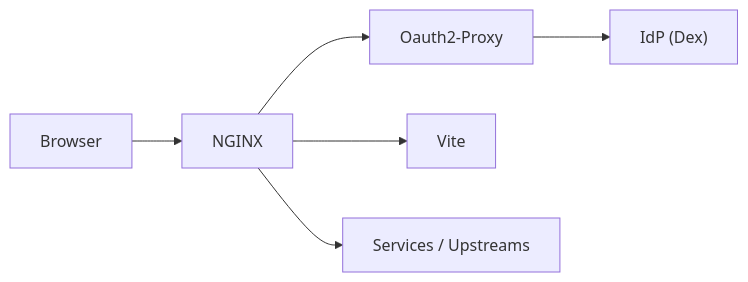
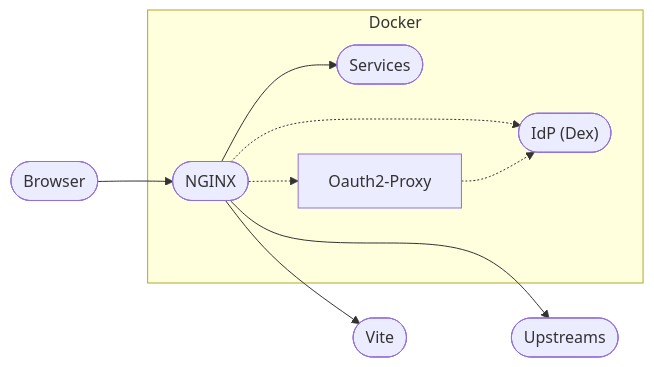
Before and after one commit to blakearoberts/visage: the diagram in packages/visage/README.md, drawn with Mermaid. The commit also changed other lines of this file and 22 other files, not shown here.

````diff
--- a/packages/visage/README.md
+++ b/packages/visage/README.md
@@ -181,15 +53,21 @@
 ```mermaid
 flowchart LR
-  Browser
-  NGINX
-  Oauth2-Proxy
-  Vite
-  IDP["IdP (Dex)"]
-  ServicesUpstreams["Services / Upstreams"]
+  browser([Browser])
+  vite([Vite])
+  upstreams([Upstreams])
 
-  Browser --> NGINX
-  NGINX --> Oauth2-Proxy
-  Oauth2-Proxy --> IDP
-  NGINX --> Vite
-  NGINX --> ServicesUpstreams
+  subgraph docker[Docker]
+    nginx([NGINX])
+    services([Services])
+    Oauth2-Proxy
+    idp(["IdP (Dex)"])
+
+    nginx -.-> idp
+    nginx -.-> Oauth2-Proxy -.-> idp
+    nginx --> services
+  end
+
+  browser --> nginx
+  nginx --> vite
+  nginx ---> upstreams
 ```
````
